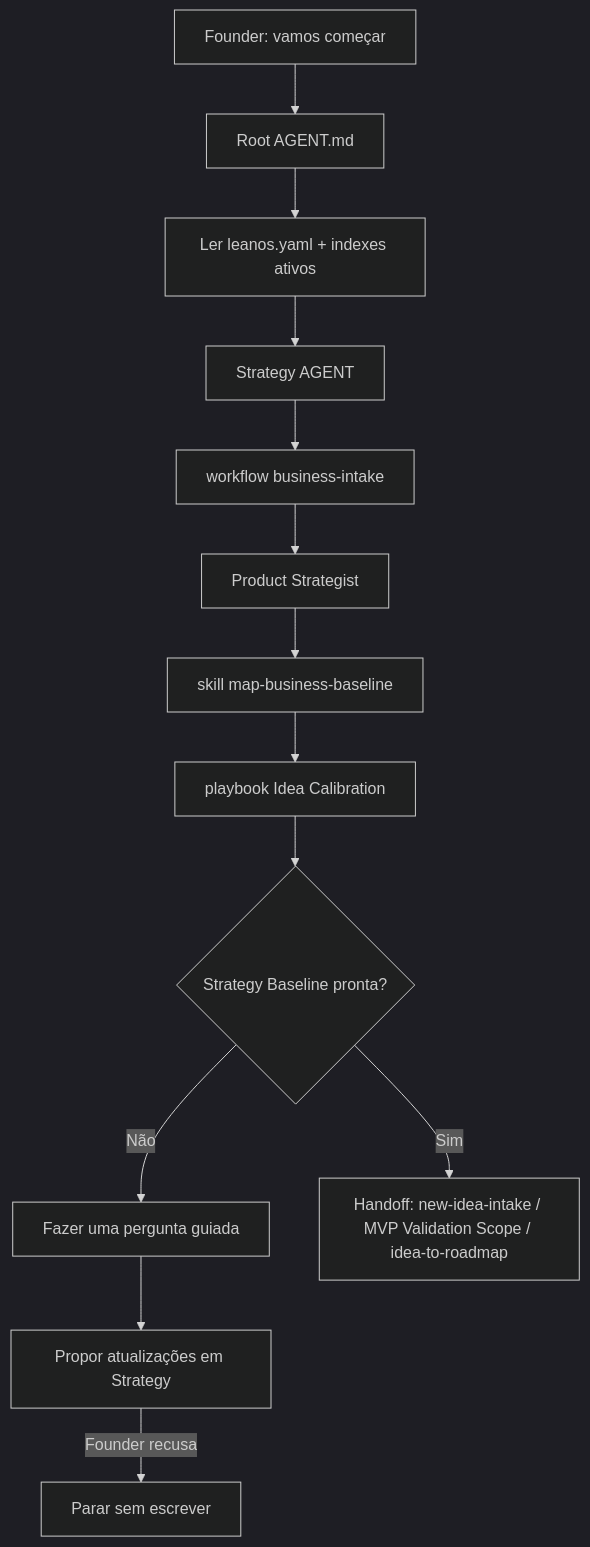
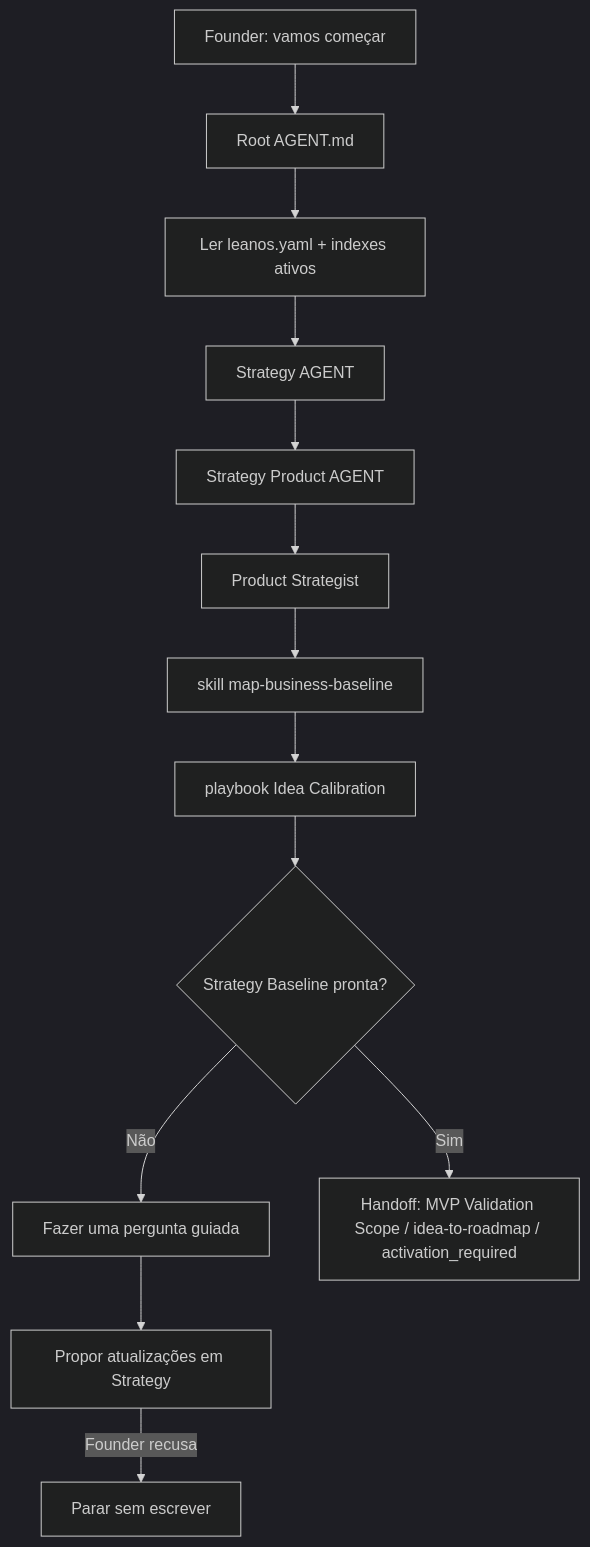
Before and after one commit to desousajhonny/leanOS: the diagram in docs/framework/founder-journeys/start-leanos.md, drawn with Mermaid (dark theme). The commit also changed other lines of this file and 43 other files, not shown here.

Commit message:
refactor: consolidate idea calibration flow

````diff
--- a/docs/framework/founder-journeys/start-leanos.md
+++ b/docs/framework/founder-journeys/start-leanos.md
@@ -22,21 +22,21 @@
 ```mermaid
 flowchart TD
   A["Founder: vamos começar"]
   B["Root AGENT.md"]
   C["Ler leanos.yaml + indexes ativos"]
   D["Strategy AGENT"]
-  E["workflow business-intake"]
+  E["Strategy Product AGENT"]
   F["Product Strategist"]
   G["skill map-business-baseline"]
   H["playbook Idea Calibration"]
   I{"Strategy Baseline pronta?"}
   J["Fazer uma pergunta guiada"]
   K["Propor atualizações em Strategy"]
-  L["Handoff: new-idea-intake / MVP Validation Scope / idea-to-roadmap"]
+  L["Handoff: MVP Validation Scope / idea-to-roadmap / activation_required"]
   M["Parar sem escrever"]
 
   A --> B --> C --> D --> E --> F --> G --> H --> I
   I -->|Não| J --> K
   I -->|Sim| L
   K -->|Founder recusa| M
 ```
````
